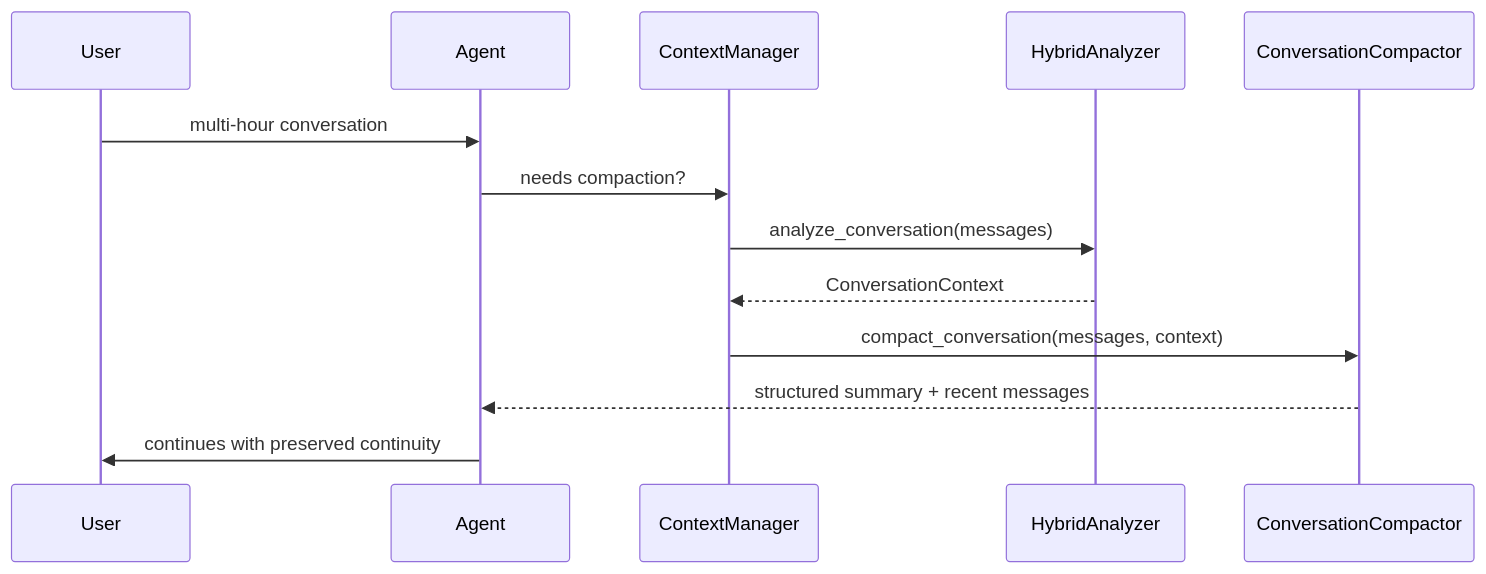
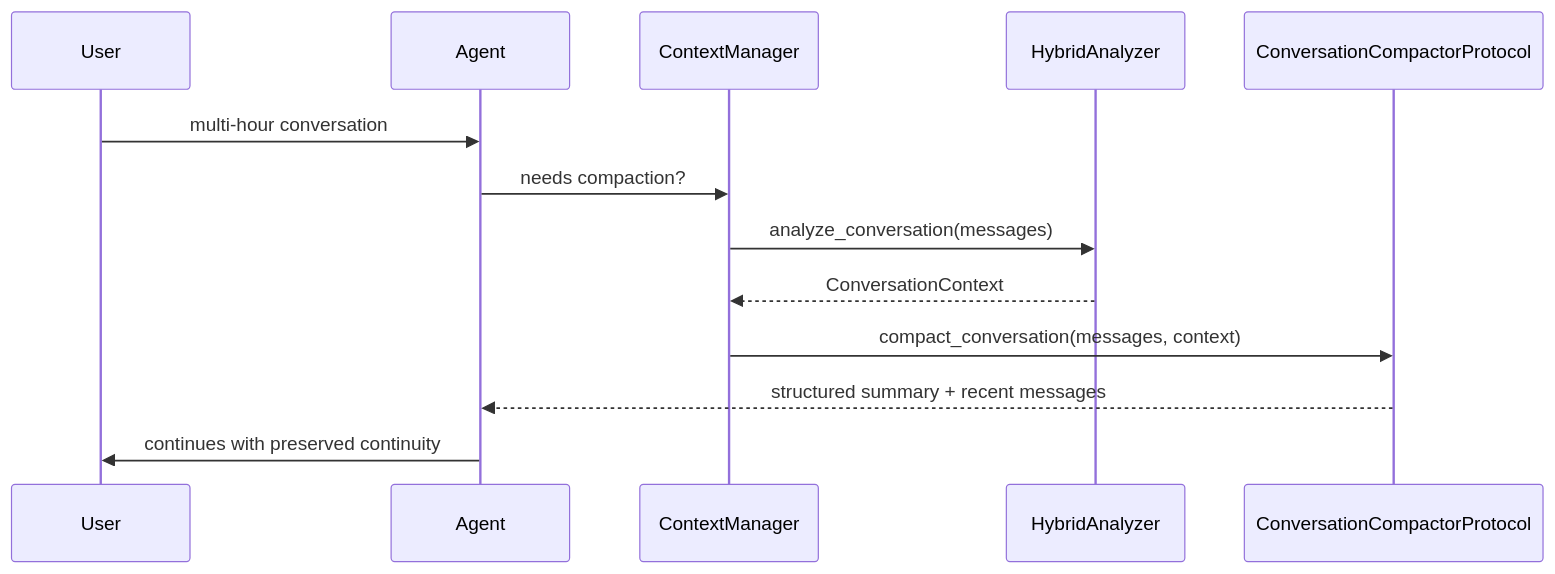
The second of 3 diagrams in docs/features/intelligent-conversation-compaction.mdx (MervinPraison/PraisonAIDocs), drawn with Mermaid before and after one commit. The commit also changed other lines of this file and 2 other files, not shown here.

First line of the commit message:
docs: document new ConversationOptimizer class and protocol rename (fixes #534)

````diff
--- a/docs/features/intelligent-conversation-compaction.mdx
+++ b/docs/features/intelligent-conversation-compaction.mdx
@@ -78,16 +91,16 @@
 ```mermaid
 sequenceDiagram
     participant User
     participant Agent
     participant ContextManager
     participant HybridAnalyzer
-    participant ConversationCompactor
+    participant ConversationCompactorProtocol
 
     User->>Agent: multi-hour conversation
     Agent->>ContextManager: needs compaction?
     ContextManager->>HybridAnalyzer: analyze_conversation(messages)
     HybridAnalyzer-->>ContextManager: ConversationContext
-    ContextManager->>ConversationCompactor: compact_conversation(messages, context)
-    ConversationCompactor-->>Agent: structured summary + recent messages
+    ContextManager->>ConversationCompactorProtocol: compact_conversation(messages, context)
+    ConversationCompactorProtocol-->>Agent: structured summary + recent messages
     Agent->>User: continues with preserved continuity
 ```
````
